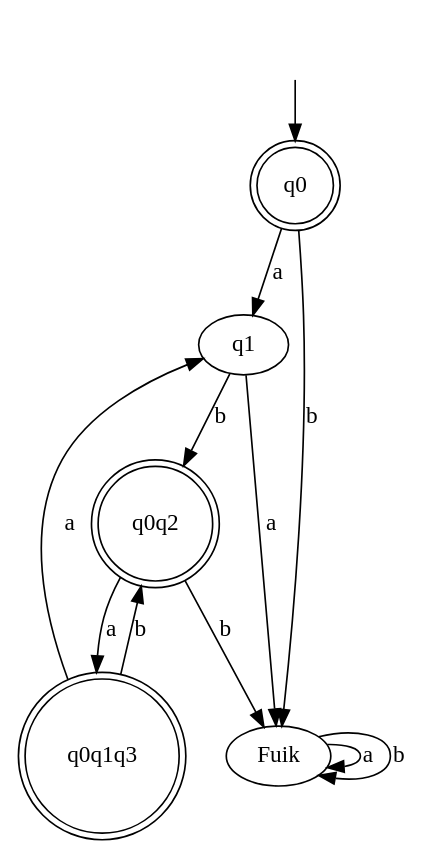
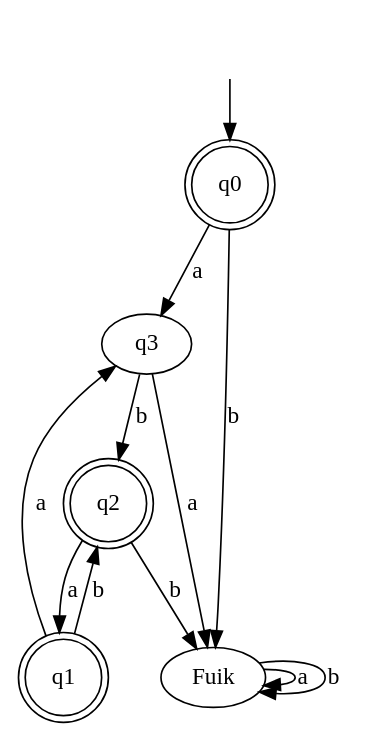
One commit to Joshua-Latusia/Formele-methode changed the diagram in FormeleMethode/graphviz/dotfiles/ndfaToDfaExample1Result.dot. Above: the diagram before and after it, drawn with Graphviz. The commit also changed 22 other files, not shown here.

```diff
--- a/FormeleMethode/graphviz/dotfiles/ndfaToDfaExample1Result.dot
+++ b/FormeleMethode/graphviz/dotfiles/ndfaToDfaExample1Result.dot
@@ -1,18 +1,18 @@
 digraph { 
  "" [shape=none]
  "q0" [shape=doublecircle]
- "q0q1q3" [shape=doublecircle]
- "q0q2" [shape=doublecircle]
+ "q1" [shape=doublecircle]
+ "q2" [shape=doublecircle]
 
  "" -> "q0"
- "q0" -> "q1"[label="a", weight="a"]; 
- "q1" -> "Fuik"[label="a", weight="a"]; 
- "q1" -> "q0q2"[label="b", weight="b"]; 
- "q0q2" -> "q0q1q3"[label="a", weight="a"]; 
- "q0q1q3" -> "q1"[label="a", weight="a"]; 
- "q0q1q3" -> "q0q2"[label="b", weight="b"]; 
- "q0q2" -> "Fuik"[label="b", weight="b"]; 
+ "q0" -> "q3"[label="a", weight="a"]; 
+ "q3" -> "Fuik"[label="a", weight="a"]; 
+ "q3" -> "q2"[label="b", weight="b"]; 
+ "q2" -> "q1"[label="a", weight="a"]; 
+ "q1" -> "q3"[label="a", weight="a"]; 
+ "q1" -> "q2"[label="b", weight="b"]; 
+ "q2" -> "Fuik"[label="b", weight="b"]; 
  "q0" -> "Fuik"[label="b", weight="b"]; 
  "Fuik" -> "Fuik"[label="a", weight="a"]; 
  "Fuik" -> "Fuik"[label="b", weight="b"]; 
 }
```
